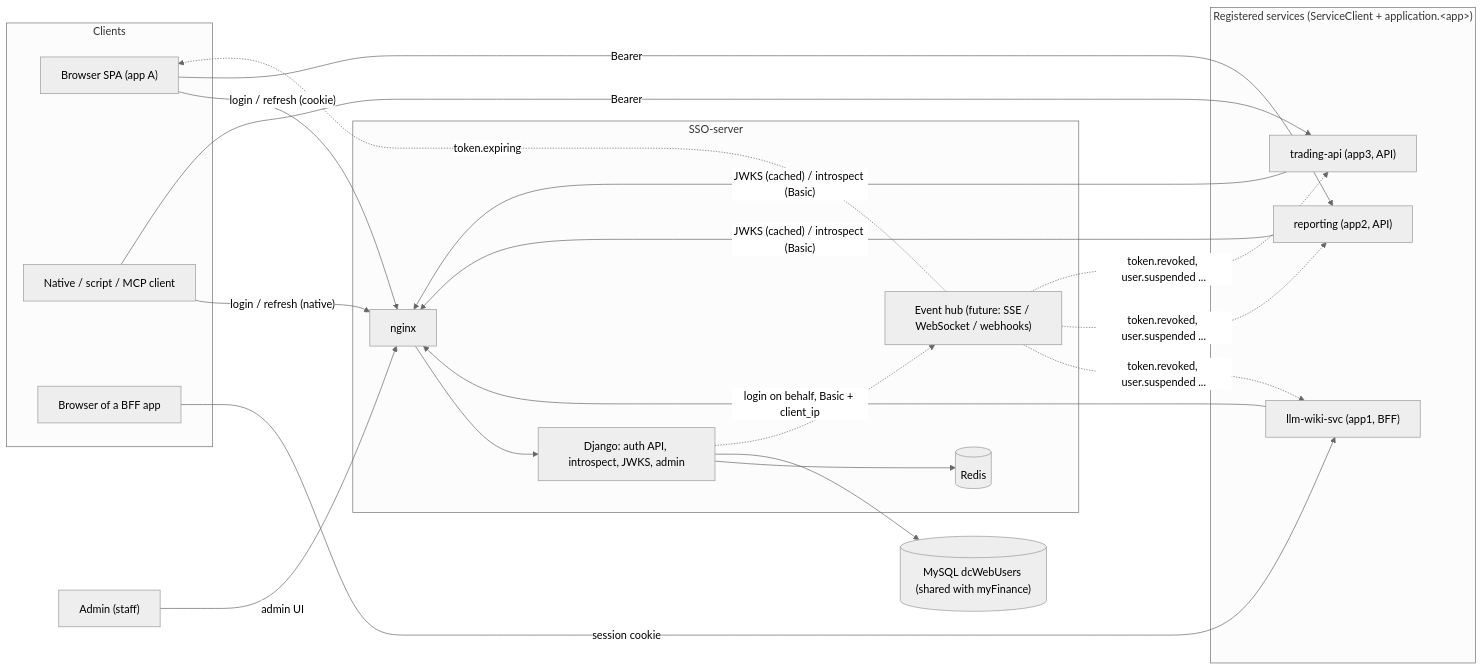
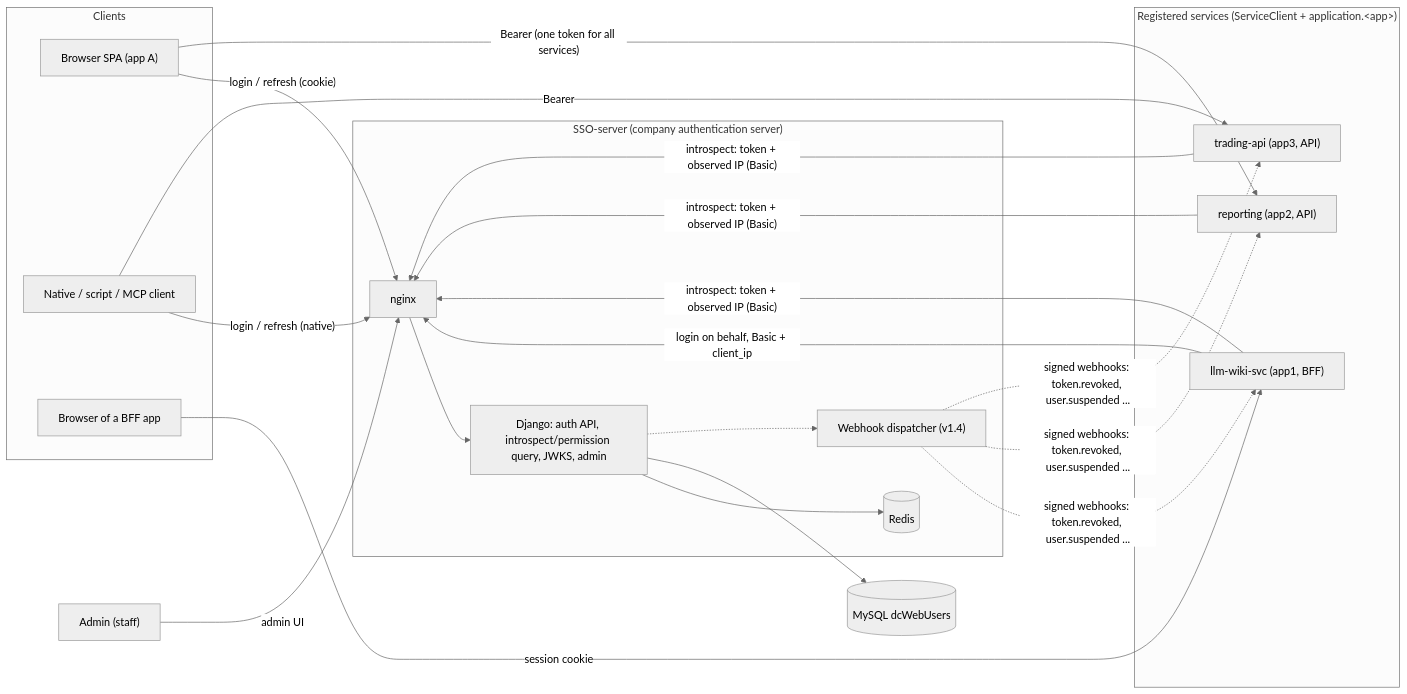
One commit to Neural-Matrix-LLC/SSO-server changed the first of 10 diagrams in docs/DESIGN-v1.2-requirements.md. Above: the diagram before and after it, drawn with Mermaid (neutral theme). The commit also changed other lines of this file and 4 other files, not shown here.

````diff
--- a/docs/DESIGN-v1.2-requirements.md
+++ b/docs/DESIGN-v1.2-requirements.md
@@ -44,35 +46,34 @@
 ```mermaid
 flowchart LR
   subgraph Clients
     SPA["Browser SPA (app A)"]
     NAT["Native / script / MCP client"]
     BRW["Browser of a BFF app"]
   end
   subgraph Services["Registered services (ServiceClient + application.&lt;app&gt;)"]
     S1["llm-wiki-svc (app1, BFF)"]
     S2["reporting (app2, API)"]
     S3["trading-api (app3, API)"]
   end
-  subgraph SSO["SSO-server"]
+  subgraph SSO["SSO-server (company authentication server)"]
     NG["nginx"]
-    DJ["Django: auth API, introspect, JWKS, admin"]
-    EV["Event hub (future: SSE / WebSocket / webhooks)"]
+    DJ["Django: auth API, introspect/permission query, JWKS, admin"]
+    WH["Webhook dispatcher (v1.4)"]
     RD[("Redis")]
   end
-  DB[("MySQL dcWebUsers (shared with myFinance)")]
+  DB[("MySQL dcWebUsers")]
   ADM["Admin (staff)"]
   SPA -- "login / refresh (cookie)" --> NG
   NAT -- "login / refresh (native)" --> NG
   BRW -- "session cookie" --> S1
   S1 -- "login on behalf, Basic + client_ip" --> NG
-  SPA -- "Bearer" --> S2
+  SPA -- "Bearer (one token for all services)" --> S2
   NAT -- "Bearer" --> S3
-  S2 & S3 -- "JWKS (cached) / introspect (Basic)" --> NG
+  S1 & S2 & S3 -- "introspect: token + observed IP (Basic)" --> NG
   NG --> DJ
   DJ --> RD
   DJ --> DB
   ADM -- "admin UI" --> NG
-  DJ -.-> EV
-  EV -. "token.revoked, user.suspended ..." .-> S1 & S2 & S3
-  EV -. "token.expiring" .-> SPA
+  DJ -.-> WH
+  WH -. "signed webhooks: token.revoked, user.suspended ..." .-> S1 & S2 & S3
 ```
````
